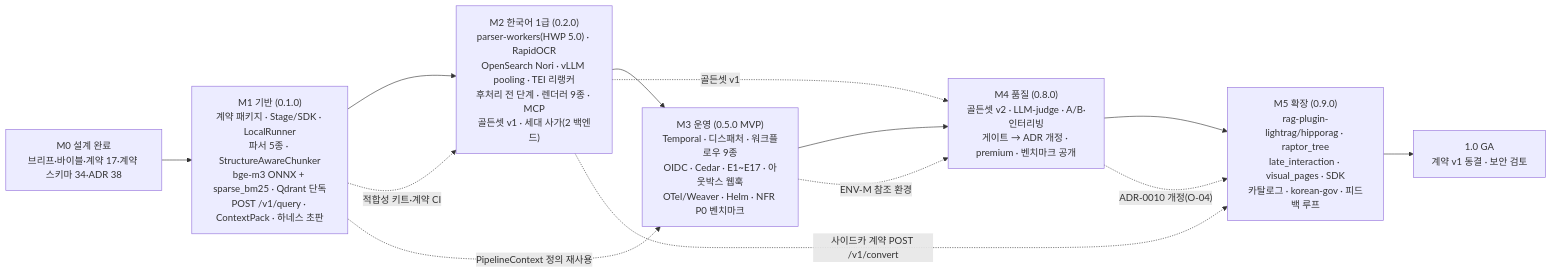
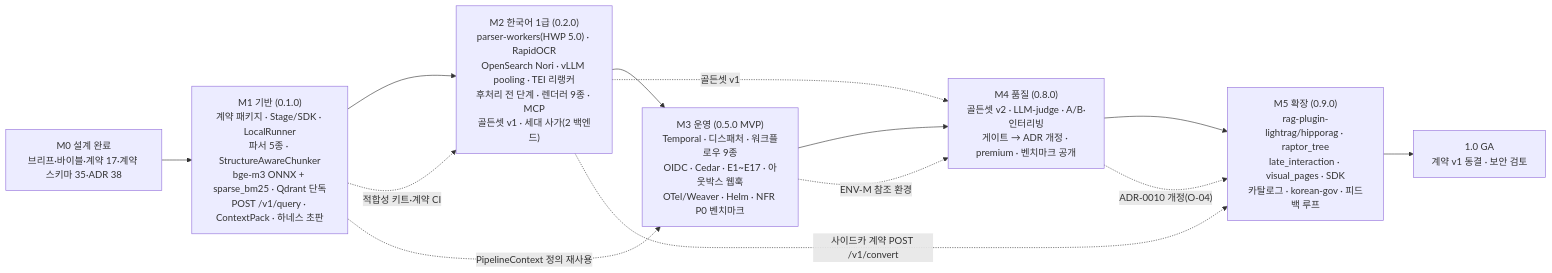
The first of 2 diagrams in docs/11-roadmap/01-milestones.md (dplayamin-ai/rag-platform), drawn with Mermaid before and after one commit. The commit also changed other lines of this file and 103 other files, not shown here.

````diff
--- a/docs/11-roadmap/01-milestones.md
+++ b/docs/11-roadmap/01-milestones.md
@@ -111,17 +111,17 @@
 ```mermaid
 flowchart LR
-    M0["M0 설계 완료<br/>브리프·바이블·계약 17·계약 스키마 34·ADR 38"]
+    M0["M0 설계 완료<br/>브리프·바이블·계약 17·계약 스키마 35·ADR 38"]
     M1["M1 기반 (0.1.0)<br/>계약 패키지 · Stage/SDK · LocalRunner<br/>파서 5종 · StructureAwareChunker<br/>bge-m3 ONNX + sparse_bm25 · Qdrant 단독<br/>POST /v1/query · ContextPack · 하네스 초판"]
     M2["M2 한국어 1급 (0.2.0)<br/>parser-workers(HWP 5.0) · RapidOCR<br/>OpenSearch Nori · vLLM pooling · TEI 리랭커<br/>후처리 전 단계 · 렌더러 9종 · MCP<br/>골든셋 v1 · 세대 사가(2 백엔드)"]
     M3["M3 운영 (0.5.0 MVP)<br/>Temporal · 디스패처 · 워크플로우 9종<br/>OIDC · Cedar · E1~E17 · 아웃박스 웹훅<br/>OTel/Weaver · Helm · NFR P0 벤치마크"]
     M4["M4 품질 (0.8.0)<br/>골든셋 v2 · LLM-judge · A/B·인터리빙<br/>게이트 → ADR 개정 · premium · 벤치마크 공개"]
     M5["M5 확장 (0.9.0)<br/>rag-plugin-lightrag/hipporag · raptor_tree<br/>late_interaction · visual_pages · SDK<br/>카탈로그 · korean-gov · 피드백 루프"]
     GA["1.0 GA<br/>계약 v1 동결 · 보안 검토"]
     M0 --> M1 --> M2 --> M3 --> M4 --> M5 --> GA
     M1 -. "적합성 키트·계약 CI" .-> M2
     M1 -. "PipelineContext 정의 재사용" .-> M3
     M2 -. "골든셋 v1" .-> M4
     M2 -. "사이드카 계약 POST /v1/convert" .-> M5
     M3 -. "ENV-M 참조 환경" .-> M4
     M4 -. "ADR-0010 개정(O-04)" .-> M5
 ```
````
